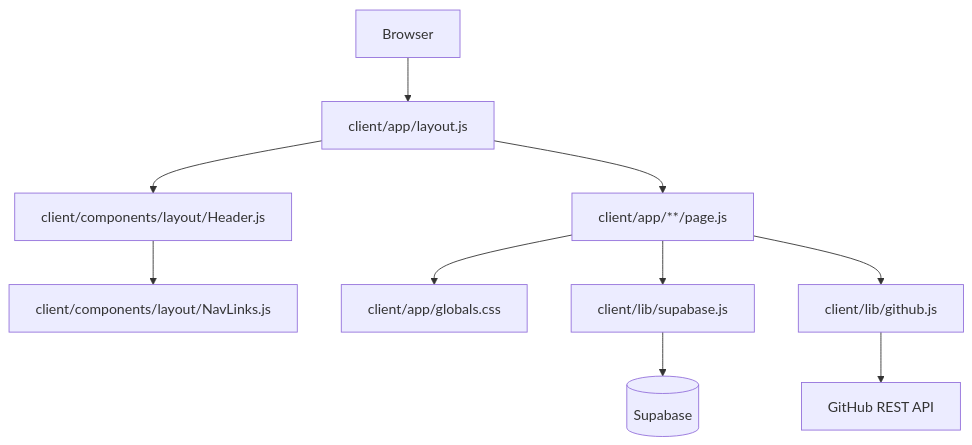
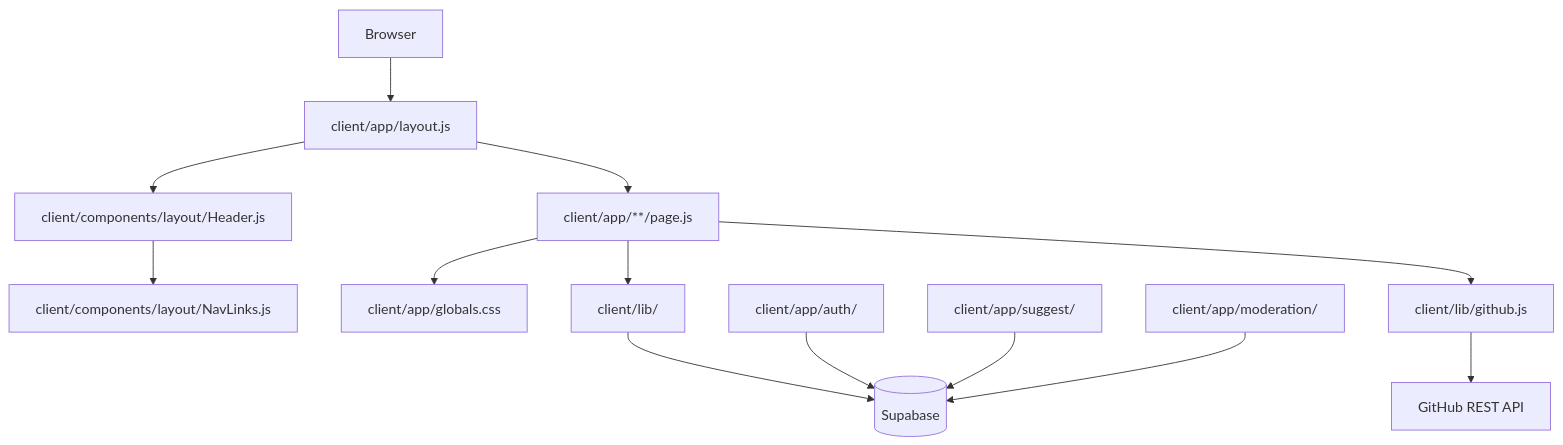
Before and after one commit to soupamen/ece-webtech-105: the diagram in documentation/ARCHITECTURE.md, drawn with Mermaid. The commit also changed other lines of this file and 15 other files, not shown here.

````diff
--- a/documentation/ARCHITECTURE.md
+++ b/documentation/ARCHITECTURE.md
@@ -16,12 +16,15 @@
 ```mermaid
 flowchart TD
     Browser --> RootLayout[client/app/layout.js]
     RootLayout --> Pages[client/app/**/page.js]
     RootLayout --> Header[client/components/layout/Header.js]
     Header --> Nav[client/components/layout/NavLinks.js]
     Pages --> Tailwind[client/app/globals.css]
-    Pages --> Data[client/lib/supabase.js]
+    Pages --> Data[client/lib/]
     Pages --> GitHub[client/lib/github.js]
     Data --> Supabase[(Supabase)]
     GitHub --> GitHubAPI[GitHub REST API]
+    Auth[client/app/auth/] --> Supabase
+    Suggestions[client/app/suggest/] --> Supabase
+    Moderation[client/app/moderation/] --> Supabase
 ```
````
